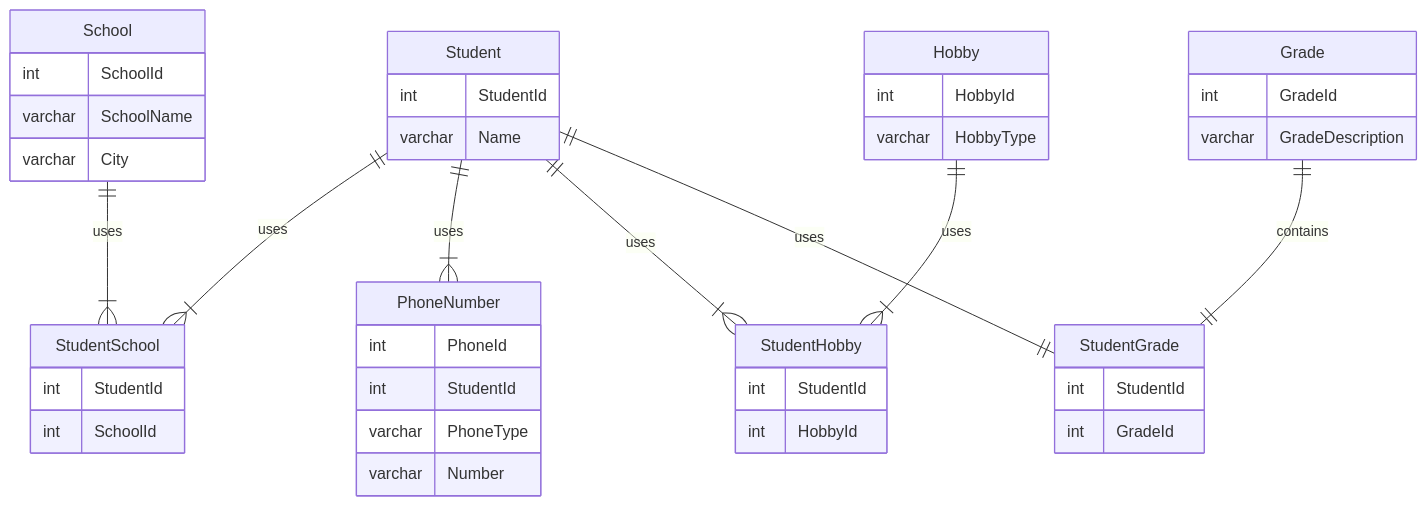
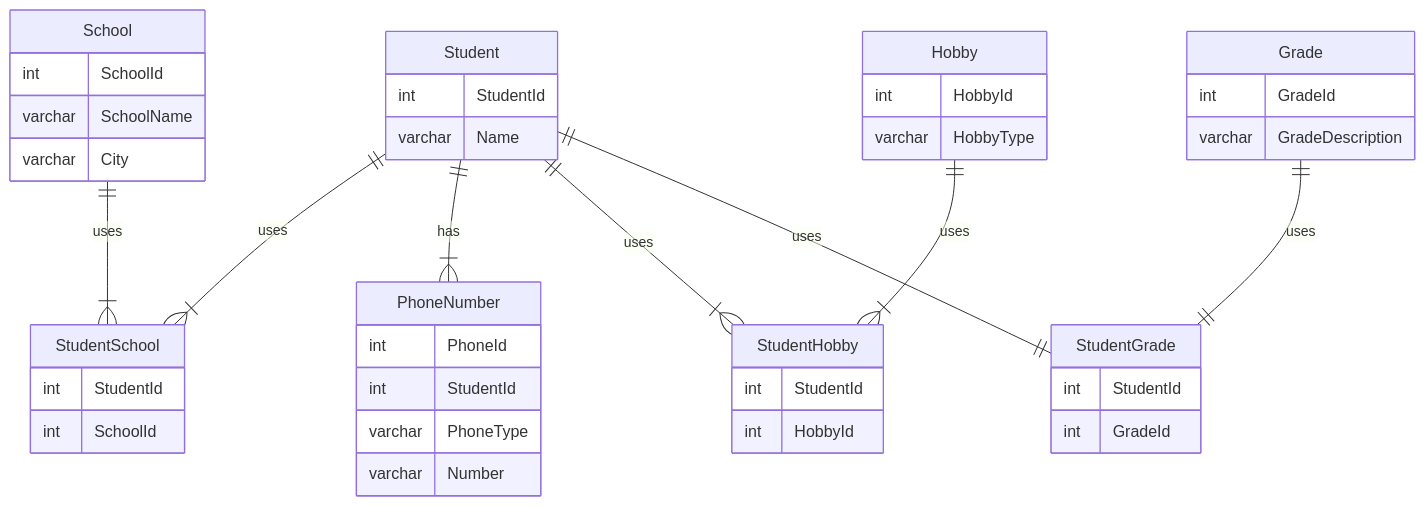
One commit to HannahDJU22/db2022-Projekt1 changed the diagram in README.md. Above: the diagram before and after it, drawn with Mermaid.

Commit message:
finsishing touch on diagram

````diff
--- a/README.md
+++ b/README.md
@@ -6,45 +6,45 @@
 ```mermaid
 erDiagram
 Student {
 int StudentId
 varchar Name
 }
 School {
 int SchoolId
 varchar SchoolName
 varchar City
 }
 StudentSchool{
 int StudentId
 int SchoolId
 }
 PhoneNumber{
 int PhoneId
 int StudentId
 varchar PhoneType
 varchar Number
 }
 Hobby{
 int HobbyId
 varchar HobbyType
 }
 StudentHobby{
 int StudentId
 int HobbyId
 }
 Grade{
 int GradeId
 varchar GradeDescription
 }
 StudentGrade{
 int StudentId
 int GradeId
 }
 Student ||--|{ StudentSchool : uses
 School ||--|{ StudentSchool : uses
-Student ||--|{ PhoneNumber : uses
+Student ||--|{ PhoneNumber : has
 Student ||--|{ StudentHobby : uses
 Hobby ||--|{ StudentHobby : uses
 Student ||--|| StudentGrade : uses
-Grade ||--|| StudentGrade : contains
+Grade ||--|| StudentGrade : uses
 ```
````
